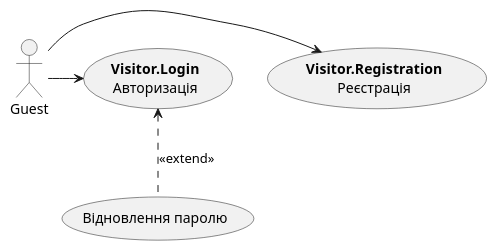
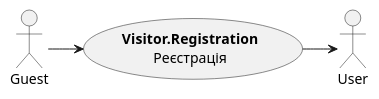
Before and after one commit to nonGratis/retarder-io-23-3: the second of 14 diagrams in docs/use cases/README.md, drawn with PlantUML.

Commit message:
fix the UML for the visitor

````diff
--- a/docs/use cases/README.md
+++ b/docs/use cases/README.md
@@ -41,13 +41,12 @@
 ```plantuml
 @startuml
 actor Guest
+actor User
+
 usecase "<b>Visitor.Registration\nРеєстрація" as Registration
-usecase "<b>Visitor.Login\nАвторизація" as Login
-usecase "Відновлення паролю" as PasswordRecovery
 
 Guest -> Registration
-Guest -> Login
-Login <-[dashed]- PasswordRecovery : <<extend>>
+Registration -> User
 
 @enduml
 ```
````
